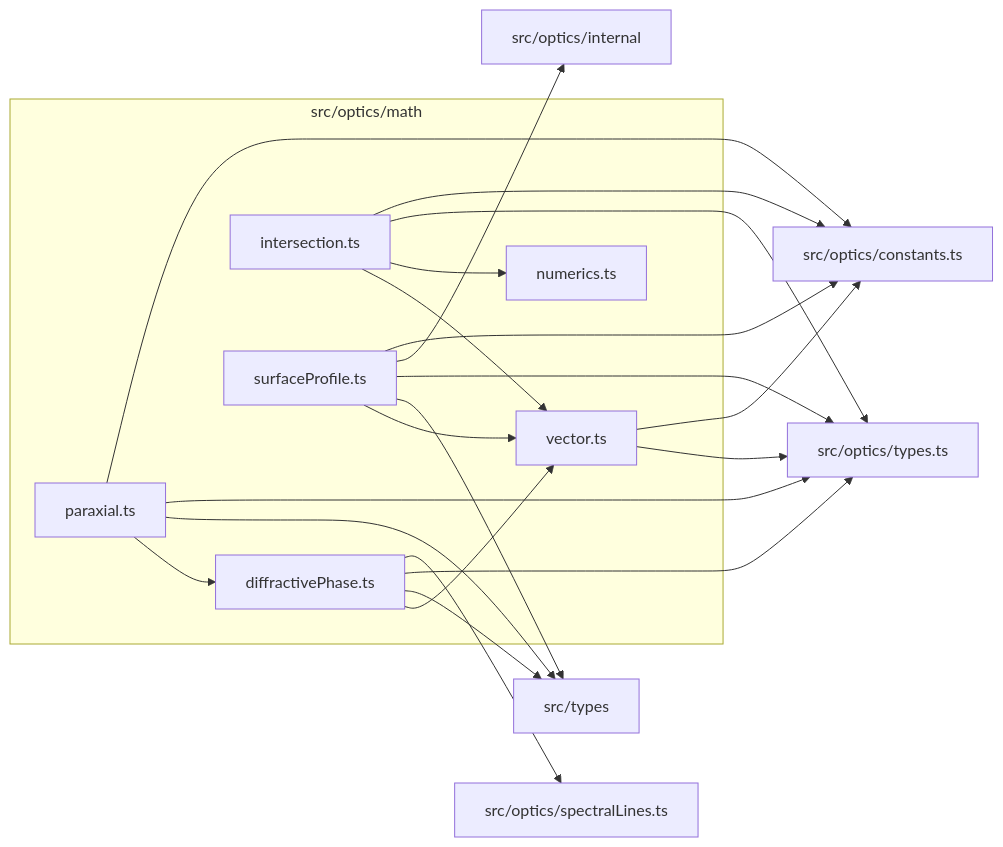
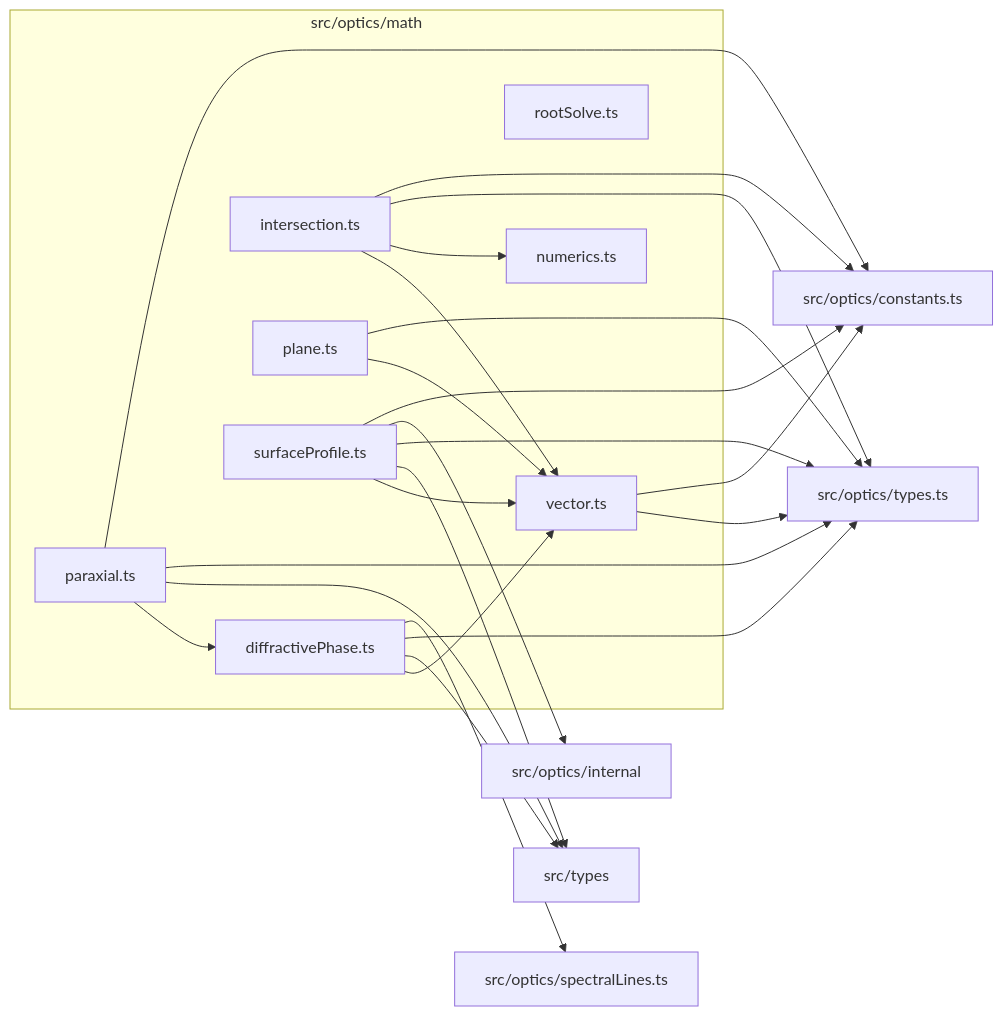
The diagram in src/optics/math/readme.md (ronbuening/LensVisualizer), drawn with Mermaid before and after one commit. The commit also changed other lines of this file and 155 other files, not shown here.

````diff
--- a/src/optics/math/readme.md
+++ b/src/optics/math/readme.md
@@ -9,35 +9,39 @@
 ```mermaid
 flowchart LR
   subgraph n_src_optics_math["src/optics/math"]
     n_src_optics_math_src_optics_math_diffractivePhase_ts["diffractivePhase.ts"]
     n_src_optics_math_src_optics_math_intersection_ts["intersection.ts"]
     n_src_optics_math_src_optics_math_numerics_ts["numerics.ts"]
     n_src_optics_math_src_optics_math_paraxial_ts["paraxial.ts"]
+    n_src_optics_math_src_optics_math_plane_ts["plane.ts"]
+    n_src_optics_math_src_optics_math_rootSolve_ts["rootSolve.ts"]
     n_src_optics_math_src_optics_math_surfaceProfile_ts["surfaceProfile.ts"]
     n_src_optics_math_src_optics_math_vector_ts["vector.ts"]
   end
   n_external_src_optics_constants_ts["src/optics/constants.ts"]
   n_external_src_optics_internal["src/optics/internal"]
   n_external_src_optics_spectralLines_ts["src/optics/spectralLines.ts"]
   n_external_src_optics_types_ts["src/optics/types.ts"]
   n_external_src_types["src/types"]
   n_src_optics_math_src_optics_math_intersection_ts --> n_external_src_optics_constants_ts
   n_src_optics_math_src_optics_math_paraxial_ts --> n_external_src_optics_constants_ts
   n_src_optics_math_src_optics_math_surfaceProfile_ts --> n_external_src_optics_constants_ts
   n_src_optics_math_src_optics_math_vector_ts --> n_external_src_optics_constants_ts
   n_src_optics_math_src_optics_math_surfaceProfile_ts --> n_external_src_optics_internal
   n_src_optics_math_src_optics_math_diffractivePhase_ts --> n_external_src_optics_spectralLines_ts
   n_src_optics_math_src_optics_math_diffractivePhase_ts --> n_external_src_optics_types_ts
   n_src_optics_math_src_optics_math_intersection_ts --> n_external_src_optics_types_ts
   n_src_optics_math_src_optics_math_paraxial_ts --> n_external_src_optics_types_ts
+  n_src_optics_math_src_optics_math_plane_ts --> n_external_src_optics_types_ts
   n_src_optics_math_src_optics_math_surfaceProfile_ts --> n_external_src_optics_types_ts
   n_src_optics_math_src_optics_math_vector_ts --> n_external_src_optics_types_ts
   n_src_optics_math_src_optics_math_diffractivePhase_ts --> n_external_src_types
   n_src_optics_math_src_optics_math_paraxial_ts --> n_external_src_types
   n_src_optics_math_src_optics_math_surfaceProfile_ts --> n_external_src_types
   n_src_optics_math_src_optics_math_paraxial_ts --> n_src_optics_math_src_optics_math_diffractivePhase_ts
   n_src_optics_math_src_optics_math_intersection_ts --> n_src_optics_math_src_optics_math_numerics_ts
   n_src_optics_math_src_optics_math_diffractivePhase_ts --> n_src_optics_math_src_optics_math_vector_ts
   n_src_optics_math_src_optics_math_intersection_ts --> n_src_optics_math_src_optics_math_vector_ts
+  n_src_optics_math_src_optics_math_plane_ts --> n_src_optics_math_src_optics_math_vector_ts
   n_src_optics_math_src_optics_math_surfaceProfile_ts --> n_src_optics_math_src_optics_math_vector_ts
 ```
````
